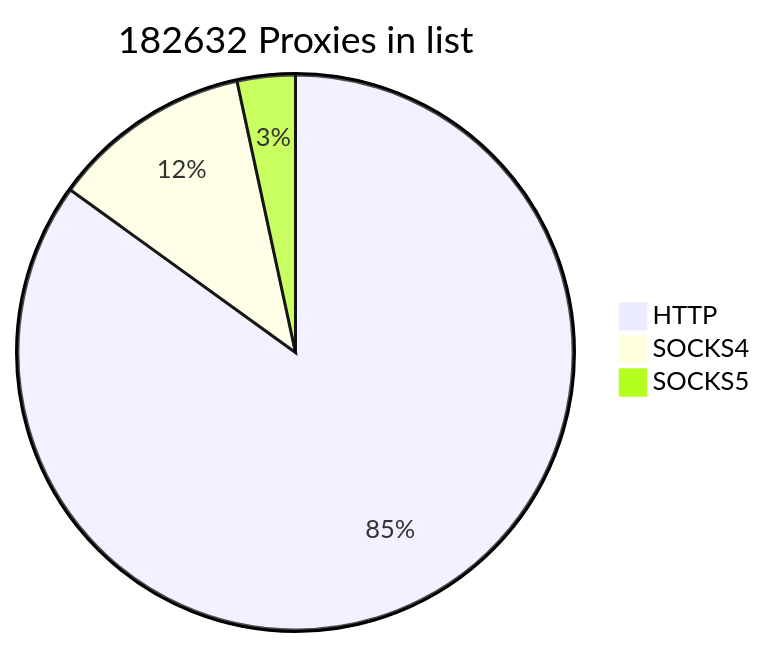
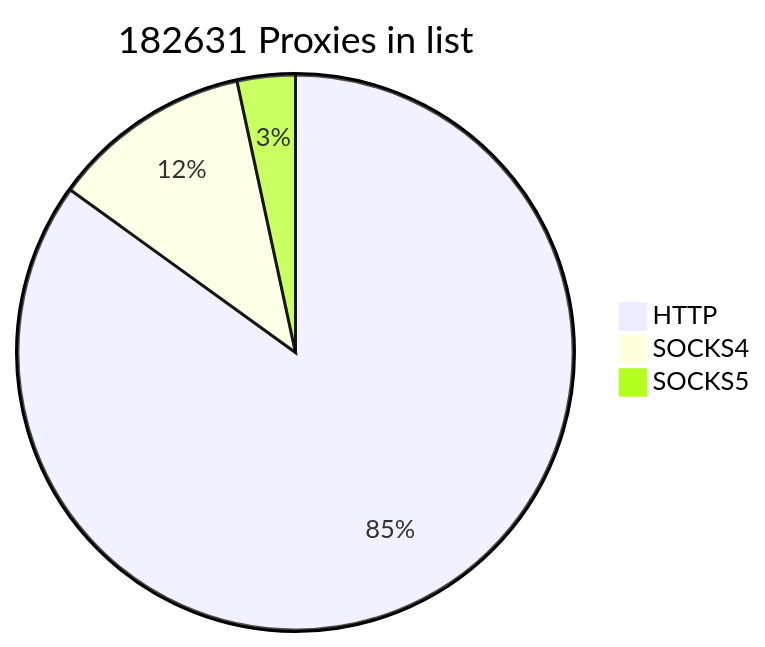
One commit to cutipu/proxylist changed the first of 2 diagrams in README.md. Above: the diagram before and after it, drawn with Mermaid. The commit also changed other lines of this file, not shown here.

````diff
--- a/README.md
+++ b/README.md
@@ -2,7 +2,7 @@
 ```mermaid
-pie title 182632 Proxies in list
+pie title 182631 Proxies in list
     "HTTP" : 155154
-    "SOCKS4" : 21306
+    "SOCKS4" : 21305
     "SOCKS5" : 6172
             
 ```
````
